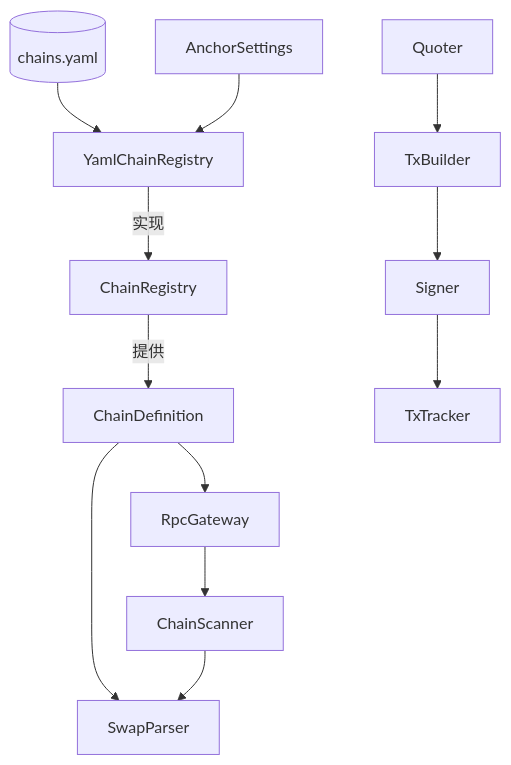
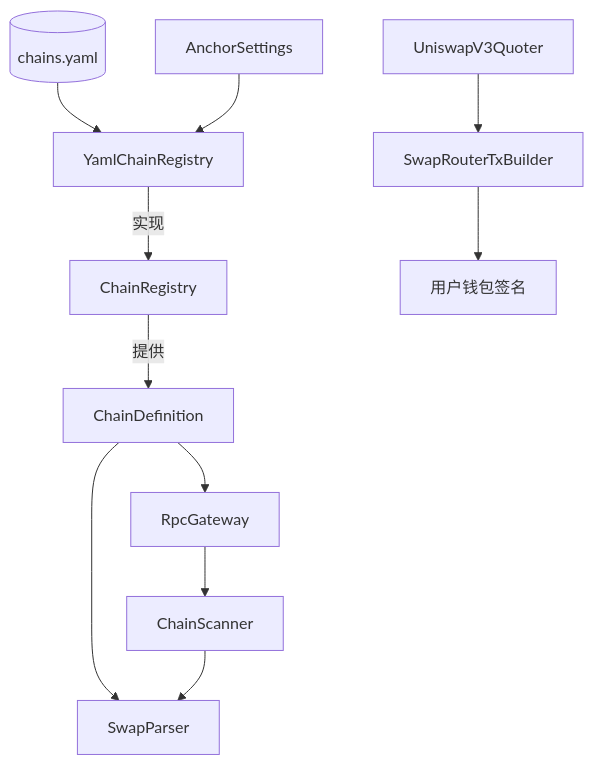
One commit to zhangjw1/anchor changed the first of 11 diagrams in docs/chain-package.md. Above: the diagram before and after it, drawn with Mermaid. The commit also changed other lines of this file and 15 other files, not shown here.

First line of the commit message:
docs: align design docs with outbox flow and annotate key logic

````diff
--- a/docs/chain-package.md
+++ b/docs/chain-package.md
@@ -25,16 +28,15 @@
 ```mermaid
 flowchart TB
     YAML[(chains.yaml)] --> YCR[YamlChainRegistry]
     AS[AnchorSettings] --> YCR
     YCR -->|实现| CR[ChainRegistry]
     CR -->|提供| CD[ChainDefinition]
 
     CD --> RG[RpcGateway]
     CD --> SP[SwapParser]
     RG --> SC[ChainScanner]
     SC --> SP
 
-    Q[Quoter] --> TB[TxBuilder]
-    TB --> SG[Signer]
-    SG --> TT[TxTracker]
+    Q[UniswapV3Quoter] --> TB[SwapRouterTxBuilder]
+    TB --> WALLET[用户钱包签名]
 ```
````
